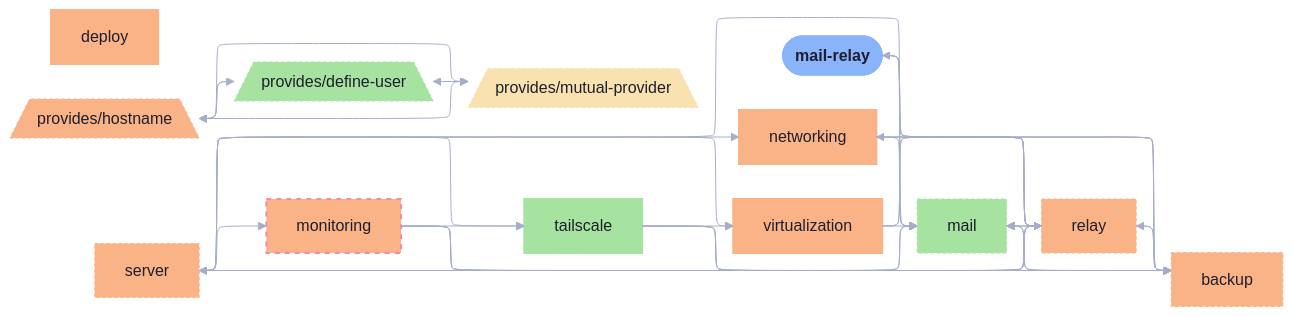
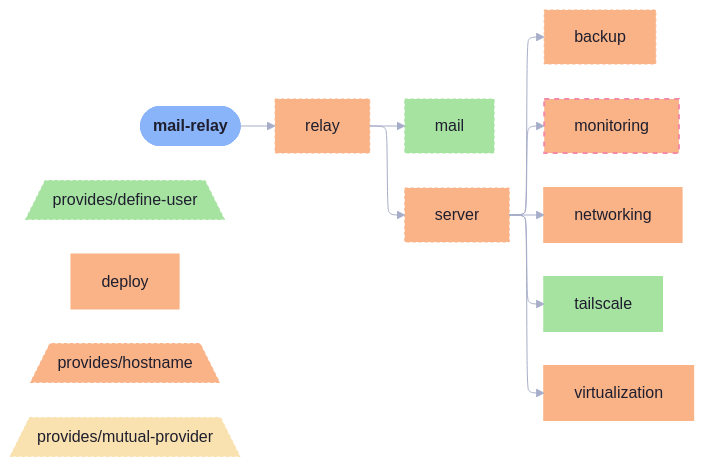
Before and after one commit to sini/den: the diagram in templates/diag-fx-demo/diagrams/mail-relay-simple.md, drawn with Mermaid. The commit also changed 849 other files, not shown here.

Commit message:
chore: update fx diagrams

````diff
--- a/templates/diag-fx-demo/diagrams/mail-relay-simple.md
+++ b/templates/diag-fx-demo/diagrams/mail-relay-simple.md
@@ -5,73 +5,41 @@
 ```mermaid
 %%{init: {"elk":{"mergeEdges":true,"nodePlacementStrategy":"BRANDES_KOEPF"},"layout":"elk","theme":"base","themeVariables":{"activationBkgColor":"#313244","activationBorderColor":"#6c7086","actorBkg":"#313244","actorBorder":"#a6adc8","actorLineColor":"#a6adc8","actorTextColor":"#cdd6f4","background":"#1e1e2e","classText":"#cdd6f4","clusterBkg":"#313244","clusterBorder":"#6c7086","edgeLabelBackground":"#1e1e2e","labelBoxBkgColor":"#313244","labelBoxBorderColor":"#a6adc8","labelTextColor":"#cdd6f4","lineColor":"#a6adc8","loopTextColor":"#cdd6f4","mainBkg":"#313244","nodeBkg":"#313244","nodeBorder":"#a6adc8","nodeTextColor":"#cdd6f4","noteBkgColor":"#313244","noteBorderColor":"#6c7086","noteTextColor":"#cdd6f4","pie1":"#f38ba8","pie2":"#fab387","pie3":"#f9e2af","pie4":"#a6e3a1","pie5":"#94e2d5","pie6":"#89b4fa","pie7":"#cba6f7","pie8":"#f2cdcd","pieLegendTextColor":"#cdd6f4","pieOuterStrokeColor":"#6c7086","pieSectionTextColor":"#cdd6f4","pieStrokeColor":"#6c7086","pieTitleTextColor":"#cdd6f4","primaryBorderColor":"#a6adc8","primaryColor":"#313244","primaryTextColor":"#cdd6f4","secondBkg":"#313244","secondaryBorderColor":"#6c7086","secondaryColor":"#313244","secondaryTextColor":"#cdd6f4","sequenceNumberColor":"#1e1e2e","signalColor":"#a6adc8","signalTextColor":"#cdd6f4","tertiaryBorderColor":"#6c7086","tertiaryColor":"#313244","tertiaryTextColor":"#cdd6f4","textColor":"#cdd6f4","titleColor":"#cdd6f4"}}}%%
 graph LR
   mail_relay([mail-relay]):::root
   backup["backup"]:::backup_c
   den__provides__define_user[/"provides/define-user"\]:::den__provides__define_user_c
   deploy["deploy"]:::deploy_c
   den__provides__hostname[/"provides/hostname"\]:::den__provides__hostname_c
   mail["mail"]:::mail_c
   monitoring["monitoring"]:::monitoring_c
   den__provides__mutual_provider[/"provides/mutual-provider"\]:::den__provides__mutual_provider_c
   networking["networking"]:::networking_c
   relay["relay"]:::relay_c
   server["server"]:::server_c
   tailscale["tailscale"]:::tailscale_c
   virtualization["virtualization"]:::virtualization_c
 
-  backup --> mail
-  backup --> relay
-  backup --> server
-  den__provides__mutual_provider --> den__provides__define_user
-  den__provides__mutual_provider --> den__provides__hostname
-  den__provides__hostname --> den__provides__define_user
-  den__provides__define_user --> den__provides__hostname
-  den__provides__define_user --> den__provides__mutual_provider
-  den__provides__hostname --> den__provides__mutual_provider
-  mail --> backup
-  mail_relay --> backup
-  monitoring --> backup
-  networking --> backup
-  relay --> backup
-  server --> backup
-  tailscale --> backup
-  virtualization --> backup
-  mail_relay --> mail
-  monitoring --> mail
-  networking --> mail
+  mail_relay --> relay
   relay --> mail
-  server --> mail
-  tailscale --> mail
-  virtualization --> mail
-  mail --> relay
-  mail_relay --> relay
-  monitoring --> relay
-  networking --> relay
-  server --> relay
-  tailscale --> relay
-  virtualization --> relay
-  monitoring --> tailscale
-  relay --> mail_relay
-  relay --> networking
   relay --> server
   server --> monitoring
+  server --> backup
   server --> virtualization
   server --> networking
   server --> tailscale
-  tailscale --> virtualization
 
   classDef root fill:#89b4fa,stroke:#89b4fa,color:#1e1e2e,font-weight:bold
   classDef backup_c fill:#fab387,stroke:#fab387,color:#1e1e2e,stroke-dasharray: 3 3,stroke-width:1px
   classDef den__provides__define_user_c fill:#a6e3a1,stroke:#a6e3a1,color:#1e1e2e,stroke-dasharray: 3 3,stroke-width:1px
   classDef deploy_c fill:#fab387,stroke:#fab387,color:#1e1e2e,stroke-width:2px
   classDef den__provides__hostname_c fill:#fab387,stroke:#fab387,color:#1e1e2e,stroke-dasharray: 3 3,stroke-width:1px
   classDef mail_c fill:#a6e3a1,stroke:#a6e3a1,color:#1e1e2e,stroke-dasharray: 3 3,stroke-width:1px
-  classDef mail_relay_c fill:#f9e2af,stroke:#f9e2af,color:#1e1e2e,stroke-width:3px
+  classDef mail_relay_c fill:#f9e2af,stroke:#f9e2af,color:#1e1e2e,stroke-width:2px
   classDef monitoring_c fill:#fab387,stroke:#f38ba8,color:#1e1e2e,stroke-dasharray: 5 5,stroke-width:2px
   classDef den__provides__mutual_provider_c fill:#f9e2af,stroke:#f9e2af,color:#1e1e2e,stroke-dasharray: 3 3,stroke-width:1px
   classDef networking_c fill:#fab387,stroke:#fab387,color:#1e1e2e,stroke-width:2px
   classDef relay_c fill:#fab387,stroke:#fab387,color:#1e1e2e,stroke-dasharray: 3 3,stroke-width:1px
   classDef server_c fill:#fab387,stroke:#fab387,color:#1e1e2e,stroke-dasharray: 3 3,stroke-width:1px
   classDef tailscale_c fill:#a6e3a1,stroke:#a6e3a1,color:#1e1e2e,stroke-width:2px
   classDef virtualization_c fill:#fab387,stroke:#fab387,color:#1e1e2e,stroke-width:2px
 ```
````
